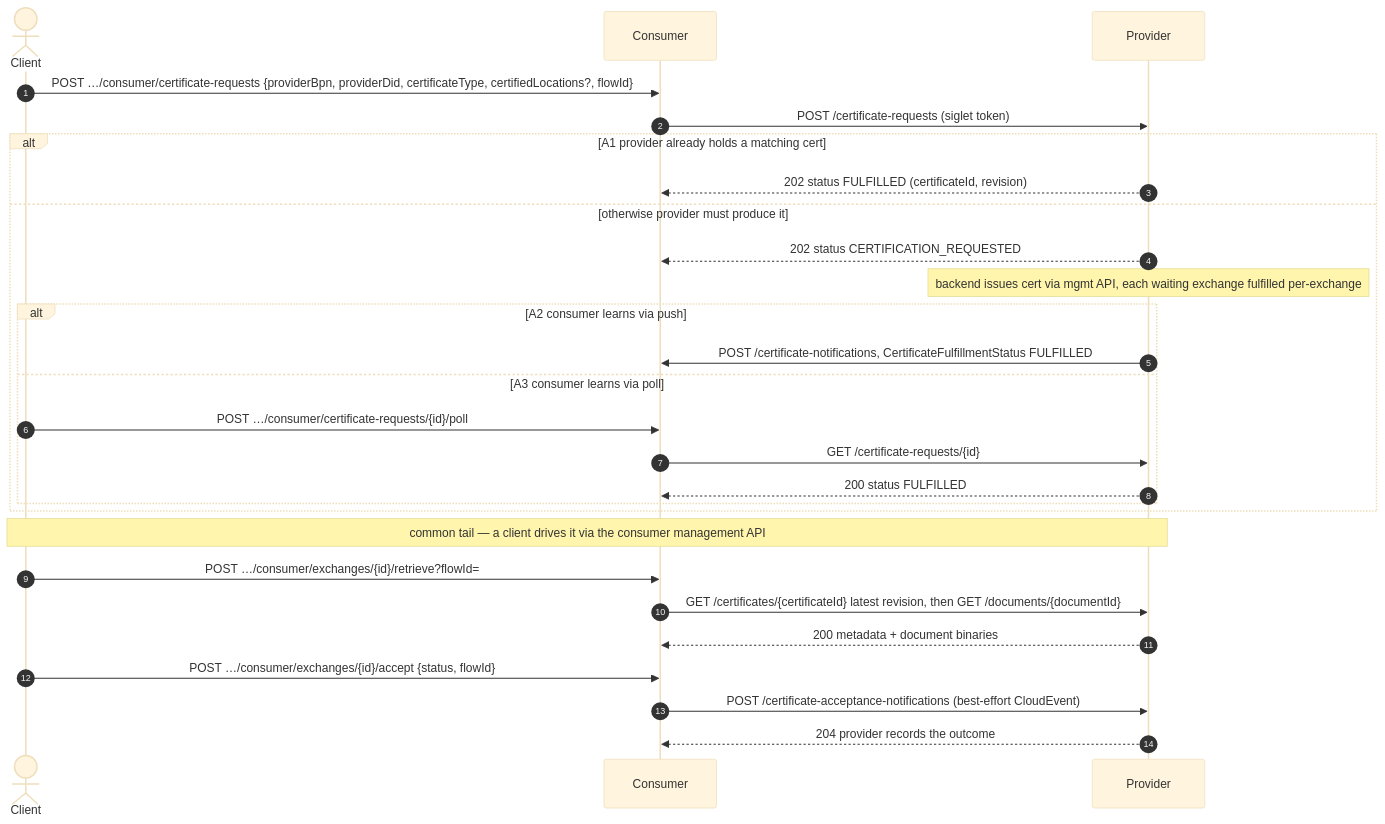
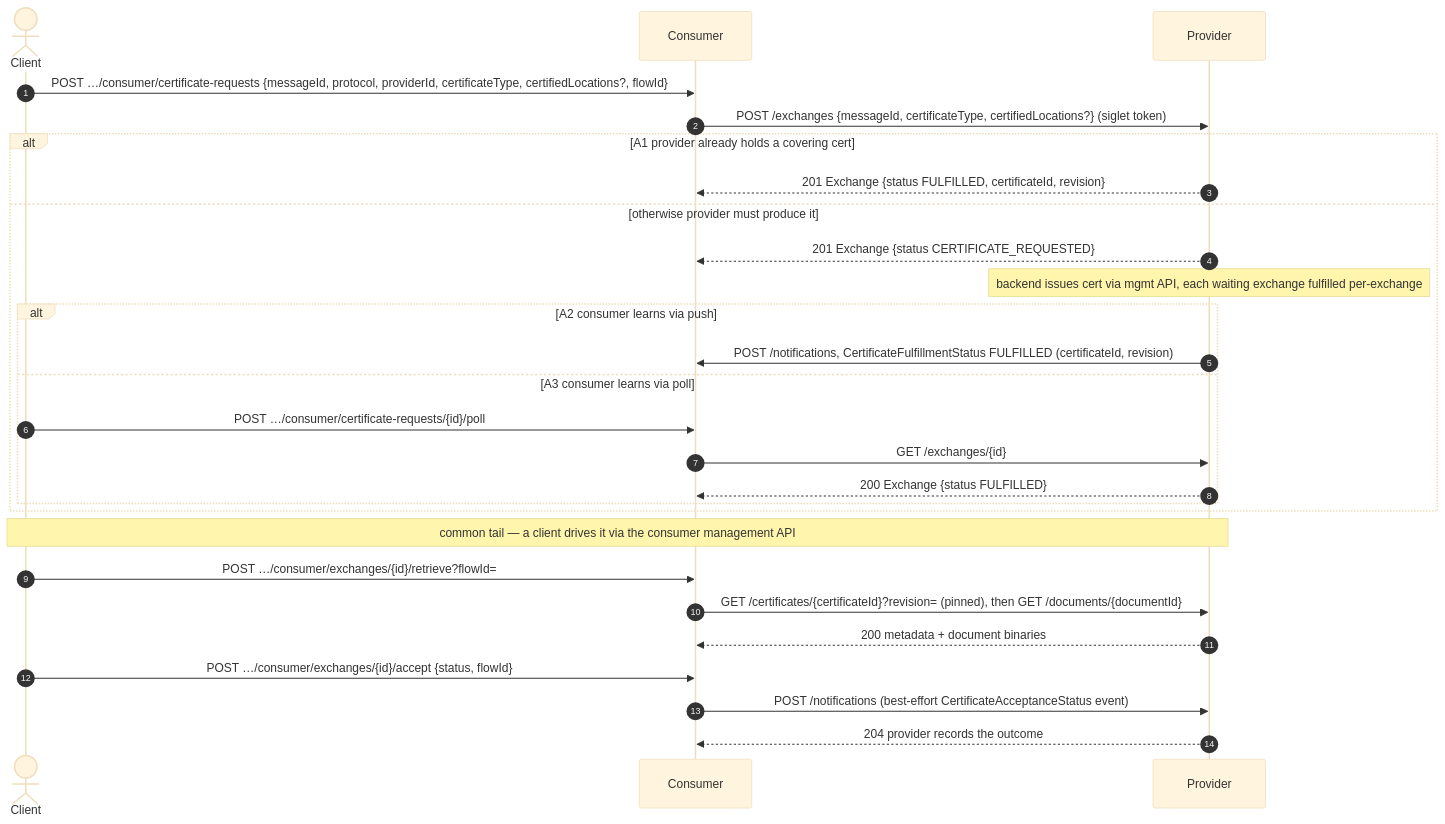
Before and after one commit to Metaform/certo: the second of 5 diagrams in docs/FLOWS.md, drawn with Mermaid (base theme). The commit also changed other lines of this file and 163 other files, not shown here.

````diff
--- a/docs/FLOWS.md
+++ b/docs/FLOWS.md
@@ -77,29 +78,29 @@
 ```mermaid
 sequenceDiagram
     autonumber
     actor T as Client
     participant C as Consumer
     participant P as Provider
-    T->>C: POST …/consumer/certificate-requests {providerBpn, providerDid, certificateType, certifiedLocations?, flowId}
-    C->>P: POST /certificate-requests (siglet token)
-    alt A1 provider already holds a matching cert
-        P-->>C: 202 status FULFILLED (certificateId, revision)
+    T->>C: POST …/consumer/certificate-requests {messageId, protocol, providerId, certificateType, certifiedLocations?, flowId}
+    C->>P: POST /exchanges {messageId, certificateType, certifiedLocations?} (siglet token)
+    alt A1 provider already holds a covering cert
+        P-->>C: 201 Exchange {status FULFILLED, certificateId, revision}
     else otherwise provider must produce it
-        P-->>C: 202 status CERTIFICATION_REQUESTED
+        P-->>C: 201 Exchange {status CERTIFICATE_REQUESTED}
         Note over P: backend issues cert via mgmt API, each waiting exchange fulfilled per-exchange
         alt A2 consumer learns via push
-            P->>C: POST /certificate-notifications, CertificateFulfillmentStatus FULFILLED
+            P->>C: POST /notifications, CertificateFulfillmentStatus FULFILLED (certificateId, revision)
         else A3 consumer learns via poll
             T->>C: POST …/consumer/certificate-requests/{id}/poll
-            C->>P: GET /certificate-requests/{id}
-            P-->>C: 200 status FULFILLED
+            C->>P: GET /exchanges/{id}
+            P-->>C: 200 Exchange {status FULFILLED}
         end
     end
     Note over T,P: common tail — a client drives it via the consumer management API
     T->>C: POST …/consumer/exchanges/{id}/retrieve?flowId=
-    C->>P: GET /certificates/{certificateId} latest revision, then GET /documents/{documentId}
+    C->>P: GET /certificates/{certificateId}?revision= (pinned), then GET /documents/{documentId}
     P-->>C: 200 metadata + document binaries
     T->>C: POST …/consumer/exchanges/{id}/accept {status, flowId}
-    C->>P: POST /certificate-acceptance-notifications (best-effort CloudEvent)
+    C->>P: POST /notifications (best-effort CertificateAcceptanceStatus event)
     P-->>C: 204 provider records the outcome
 ```
````
